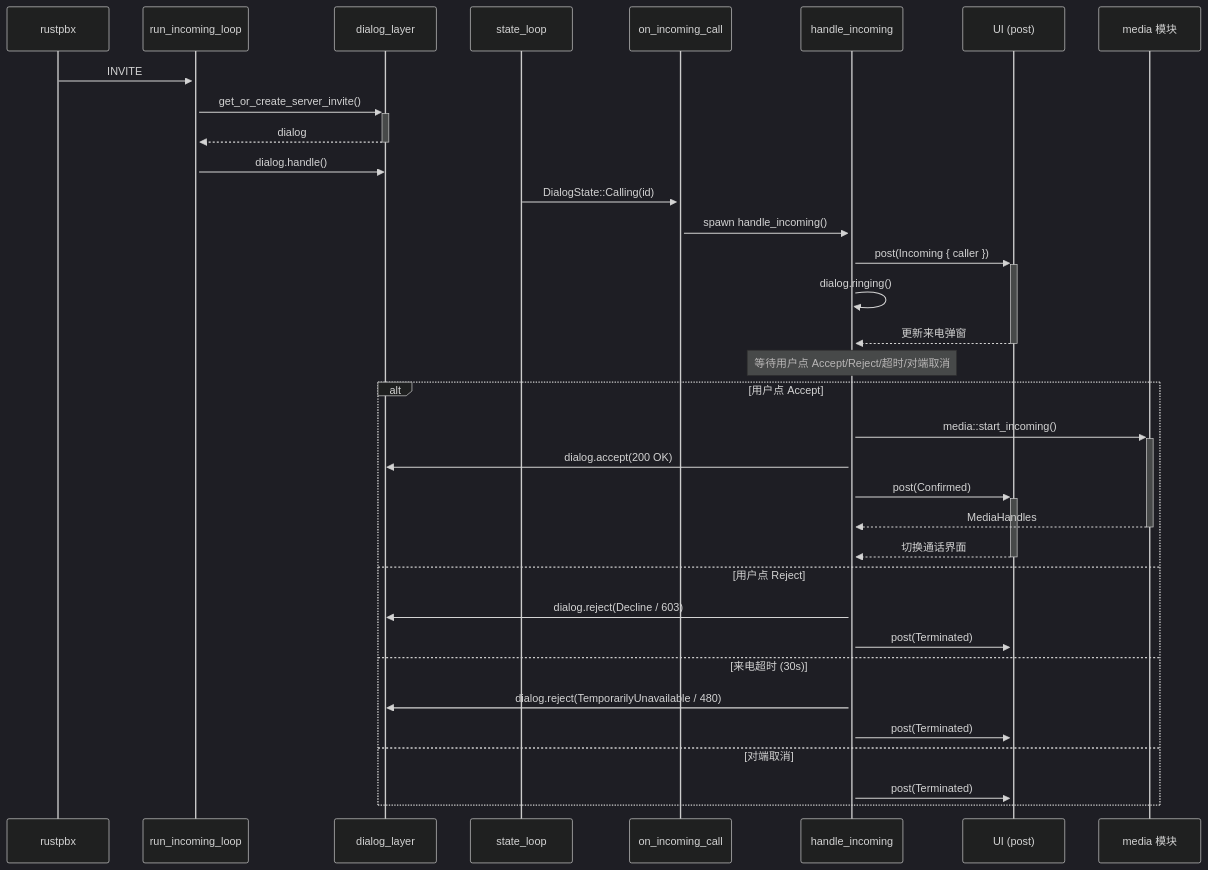
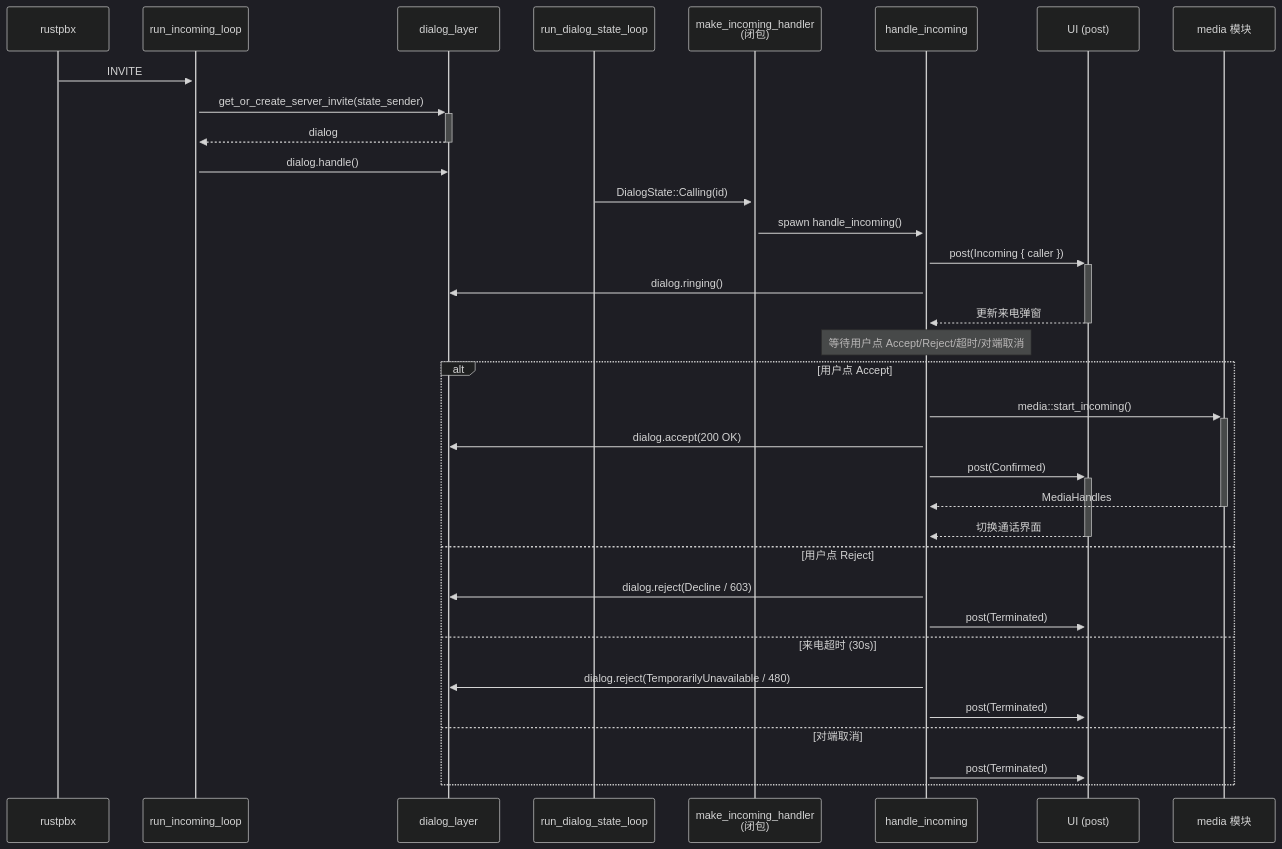
Before and after one commit to TOTHTOT/media_talk_rust: the fifth of 10 diagrams in crates/call-ui/README.md, drawn with Mermaid (dark theme). The commit also changed other lines of this file, not shown here.

Commit message:
[文档] call-ui/README: 序列图 participant 改名与代码一致

````diff
--- a/crates/call-ui/README.md
+++ b/crates/call-ui/README.md
@@ -91,41 +91,41 @@
 ```mermaid
 sequenceDiagram
     participant PBX as rustpbx
-    participant In as run_incoming_loop
+    participant RIL as run_incoming_loop
     participant DL as dialog_layer
-    participant SL as state_loop
-    participant IC as on_incoming_call
+    participant RSL as run_dialog_state_loop
+    participant MIH as make_incoming_handler<br/>(闭包)
     participant HI as handle_incoming
     participant UI as UI (post)
     participant Med as media 模块
 
-    PBX->>+In: INVITE
-    In->>+DL: get_or_create_server_invite()
-    DL-->>-In: dialog
-    In->>DL: dialog.handle()
+    PBX->>+RIL: INVITE
+    RIL->>+DL: get_or_create_server_invite(state_sender)
+    DL-->>-RIL: dialog
+    RIL->>DL: dialog.handle()
 
-    SL->>+IC: DialogState::Calling(id)
-    IC->>+HI: spawn handle_incoming()
+    RSL->>+MIH: DialogState::Calling(id)
+    MIH->>+HI: spawn handle_incoming()
 
     HI->>+UI: post(Incoming { caller })
-    HI->>HI: dialog.ringing()
+    HI->>DL: dialog.ringing()
     UI-->>-HI: 更新来电弹窗
 
     Note over HI: 等待用户点 Accept/Reject/超时/对端取消
 
     alt 用户点 Accept
         HI->>+Med: media::start_incoming()
         HI->>DL: dialog.accept(200 OK)
         HI->>+UI: post(Confirmed)
         Med-->>-HI: MediaHandles
         UI-->>-HI: 切换通话界面
     else 用户点 Reject
         HI->>DL: dialog.reject(Decline / 603)
         HI->>+UI: post(Terminated)
     else 来电超时 (30s)
         HI->>DL: dialog.reject(TemporarilyUnavailable / 480)
         HI->>+UI: post(Terminated)
     else 对端取消
         HI->>+UI: post(Terminated)
     end
 ```
````
